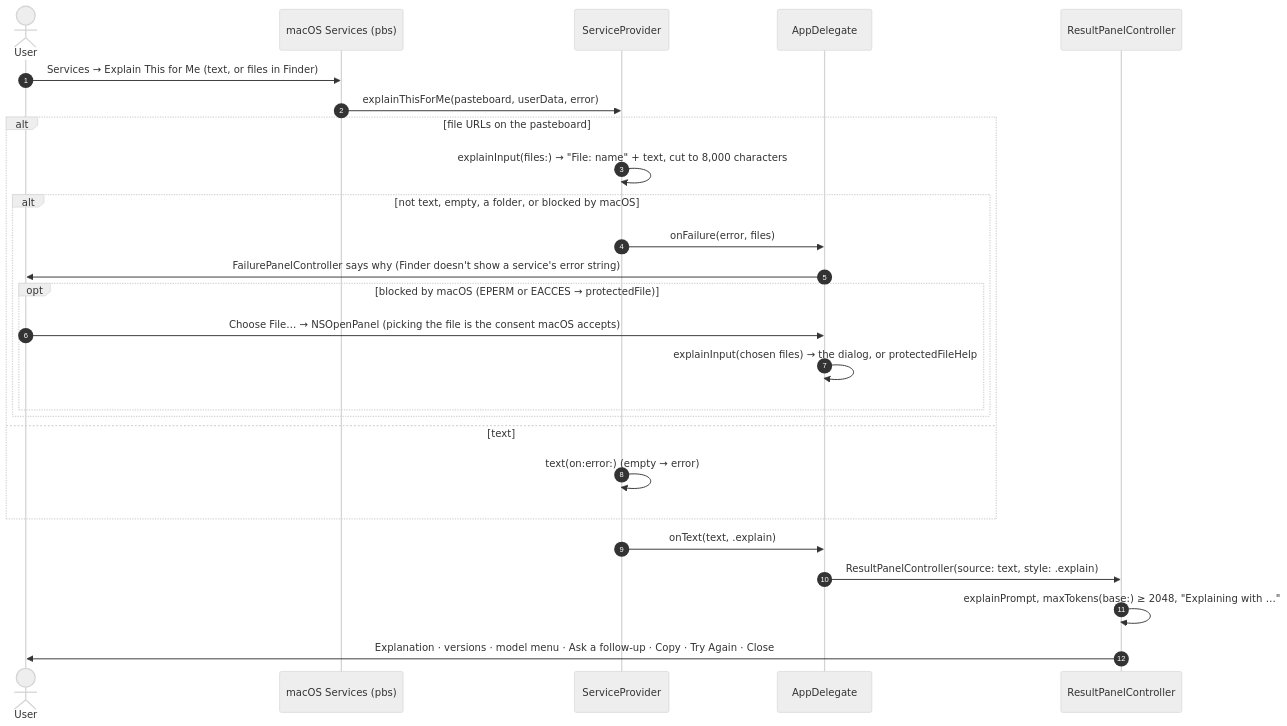
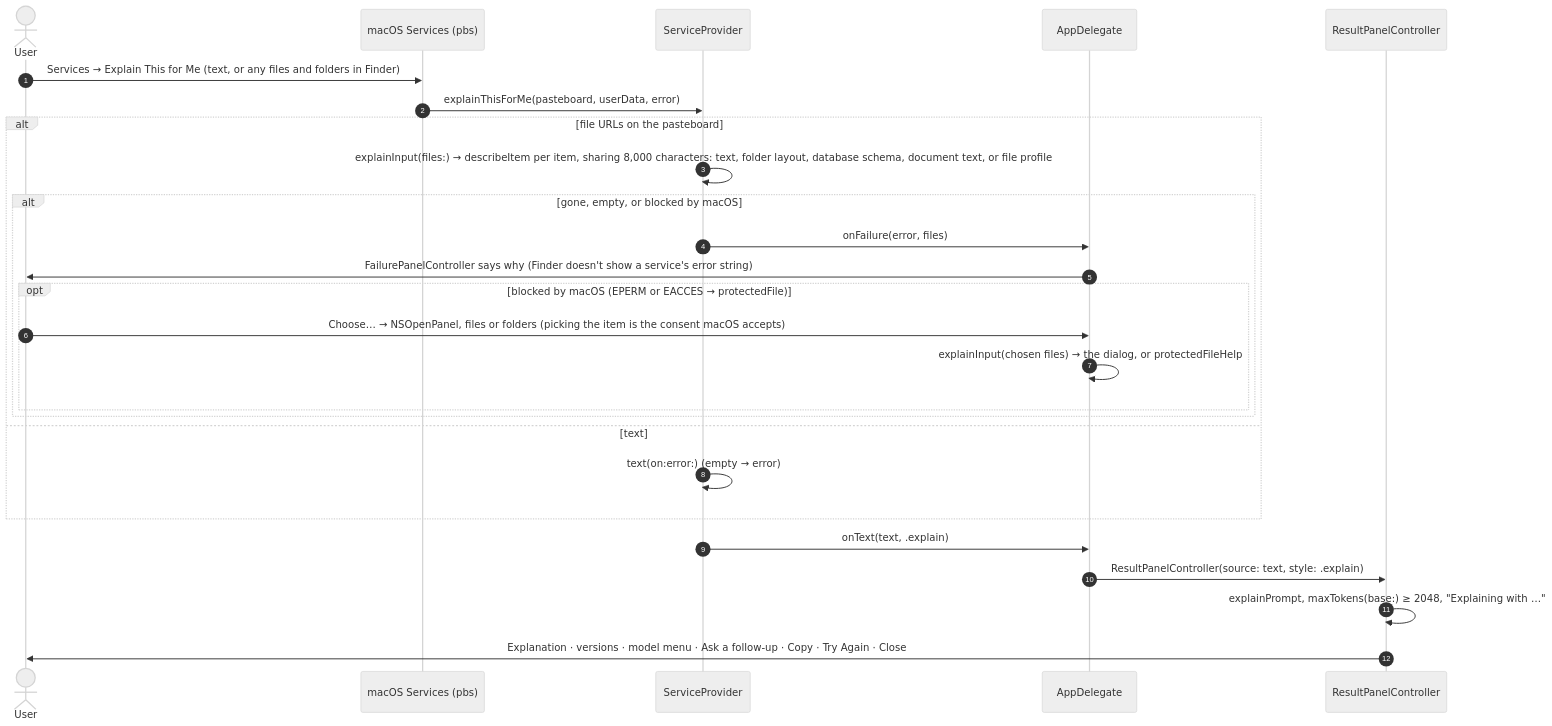
Diagram 18 of 24 in docs/FLOW_MAPS.md (jdgiles26/prompt-menu), drawn with Mermaid (neutral theme) before and after one commit. The commit also changed other lines of this file and 3 other files, not shown here.

````diff
--- a/docs/FLOW_MAPS.md
+++ b/docs/FLOW_MAPS.md
@@ -424,29 +454,29 @@
 ```mermaid
 sequenceDiagram
     autonumber
     actor U as User
     participant OS as macOS Services (pbs)
     participant SP as ServiceProvider
     participant AD as AppDelegate
     participant P as ResultPanelController
 
-    U->>OS: Services → Explain This for Me (text, or files in Finder)
+    U->>OS: Services → Explain This for Me (text, or any files and folders in Finder)
     OS->>SP: explainThisForMe(pasteboard, userData, error)
     alt file URLs on the pasteboard
-        SP->>SP: explainInput(files:) → "File: name" + text, cut to 8,000 characters
-        alt not text, empty, a folder, or blocked by macOS
+        SP->>SP: explainInput(files:) → describeItem per item, sharing 8,000 characters: text, folder layout, database schema, document text, or file profile
+        alt gone, empty, or blocked by macOS
             SP->>AD: onFailure(error, files)
             AD->>U: FailurePanelController says why (Finder doesn't show a service's error string)
             opt blocked by macOS (EPERM or EACCES → protectedFile)
-                U->>AD: Choose File… → NSOpenPanel (picking the file is the consent macOS accepts)
+                U->>AD: Choose… → NSOpenPanel, files or folders (picking the item is the consent macOS accepts)
                 AD->>AD: explainInput(chosen files) → the dialog, or protectedFileHelp
             end
         end
     else text
         SP->>SP: text(on:error:) (empty → error)
     end
     SP->>AD: onText(text, .explain)
     AD->>P: ResultPanelController(source: text, style: .explain)
     P->>P: explainPrompt, maxTokens(base:) ≥ 2048, "Explaining with …"
     P->>U: Explanation · versions · model menu · Ask a follow-up · Copy · Try Again · Close
 ```
````
